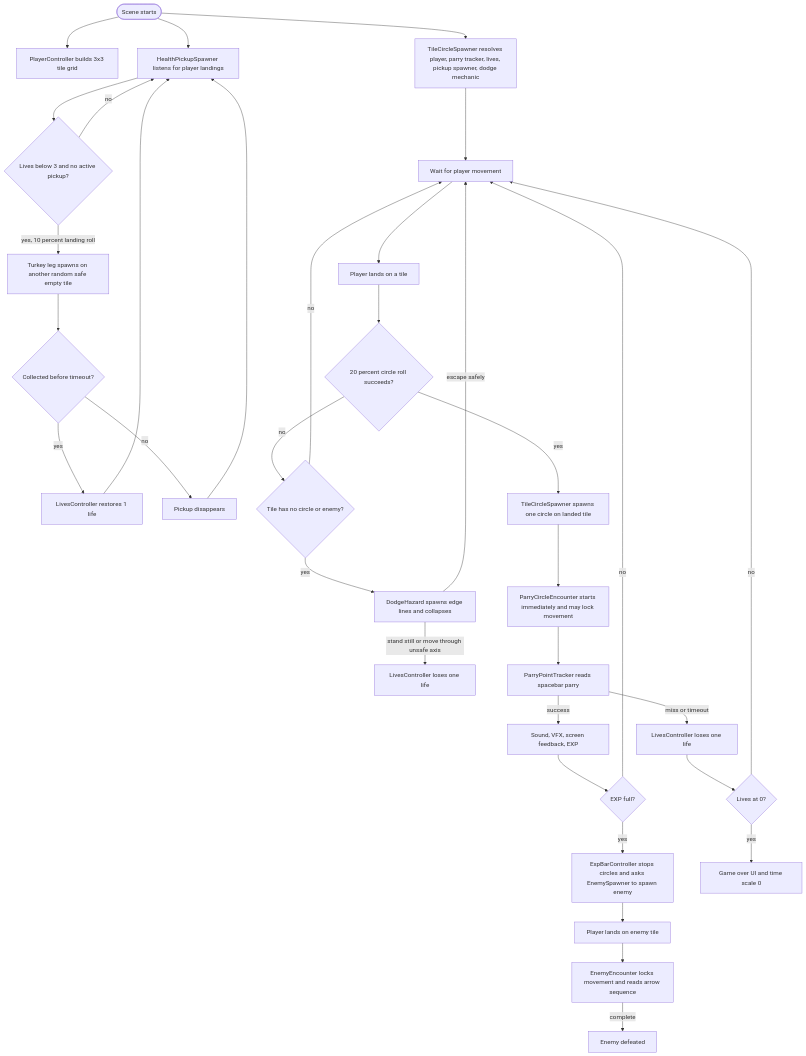
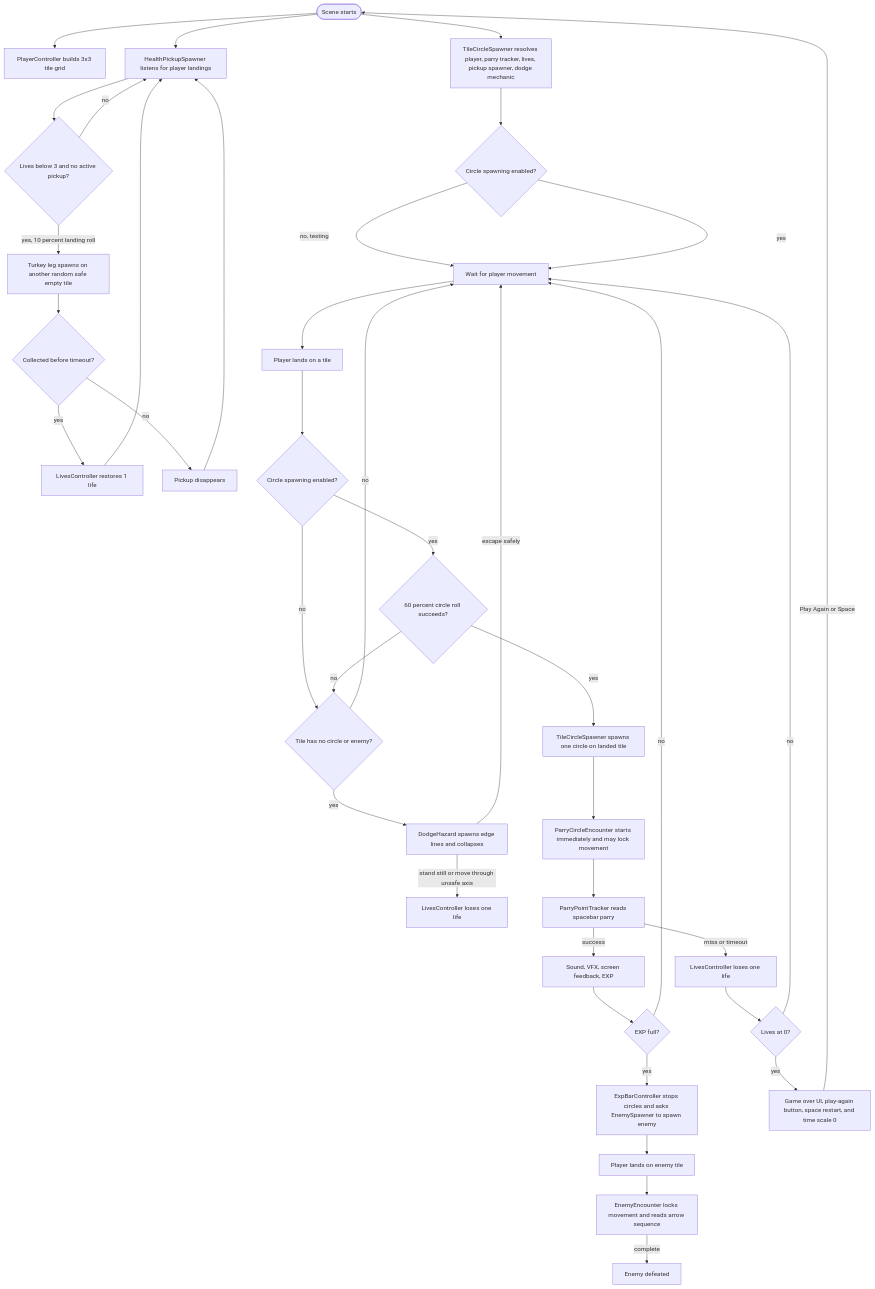
The second of 2 diagrams in CLASS_DIAGRAM.md (Manwani/tiger-samurai), drawn with Mermaid before and after one commit. The commit also changed other lines of this file and 8 other files, not shown here.

````diff
--- a/CLASS_DIAGRAM.md
+++ b/CLASS_DIAGRAM.md
@@ -212,36 +223,41 @@
 ```mermaid
 flowchart TD
     Start([Scene starts]) --> Player[PlayerController builds 3x3 tile grid]
     Start --> CircleSpawner[TileCircleSpawner resolves player, parry tracker, lives, pickup spawner, dodge mechanic]
     Start --> HealthLoop[HealthPickupSpawner listens for player landings]
-    CircleSpawner --> WaitMove[Wait for player movement]
+    CircleSpawner --> CirclesEnabled{Circle spawning enabled?}
+    CirclesEnabled -->|no, testing| WaitMove[Wait for player movement]
+    CirclesEnabled -->|yes| WaitMove
     HealthLoop --> LowHealth{Lives below 3 and no active pickup?}
     LowHealth -->|yes, 10 percent landing roll| HealthDrop[Turkey leg spawns on another random safe empty tile]
     LowHealth -->|no| HealthLoop
     HealthDrop --> PickupTimer{Collected before timeout?}
     PickupTimer -->|yes| RestoreLife[LivesController restores 1 life]
     PickupTimer -->|no| Expire[Pickup disappears]
     RestoreLife --> HealthLoop
     Expire --> HealthLoop
     WaitMove --> LandTile[Player lands on a tile]
-    LandTile --> CircleRoll{20 percent circle roll succeeds?}
+    LandTile --> CircleEnabled{Circle spawning enabled?}
+    CircleEnabled -->|no| DodgeAllowed{Tile has no circle or enemy?}
+    CircleEnabled -->|yes| CircleRoll{60 percent circle roll succeeds?}
     CircleRoll -->|yes| SpawnCircle[TileCircleSpawner spawns one circle on landed tile]
     CircleRoll -->|no| DodgeAllowed{Tile has no circle or enemy?}
     SpawnCircle --> Engage[ParryCircleEncounter starts immediately and may lock movement]
     DodgeAllowed -->|yes| Dodge[DodgeHazard spawns edge lines and collapses]
     Dodge -->|stand still or move through unsafe axis| DodgeDamage[LivesController loses one life]
     Dodge -->|escape safely| WaitMove
     DodgeAllowed -->|no| WaitMove
     Engage --> Parry[ParryPointTracker reads spacebar parry]
     Parry -->|success| Feedback[Sound, VFX, screen feedback, EXP]
     Parry -->|miss or timeout| LoseLife[LivesController loses one life]
     Feedback --> Complete{EXP full?}
     Complete -->|no| WaitMove
     Complete -->|yes| EnemyPhase[ExpBarController stops circles and asks EnemySpawner to spawn enemy]
     LoseLife --> GameOver{Lives at 0?}
-    GameOver -->|yes| Stop[Game over UI and time scale 0]
+    GameOver -->|yes| Stop[Game over UI, play-again button, space restart, and time scale 0]
+    Stop -->|Play Again or Space| Start
     GameOver -->|no| WaitMove
     EnemyPhase --> EnemyTile[Player lands on enemy tile]
     EnemyTile --> EnemyInput[EnemyEncounter locks movement and reads arrow sequence]
     EnemyInput -->|complete| EnemyDefeated[Enemy defeated]
 ```
````
